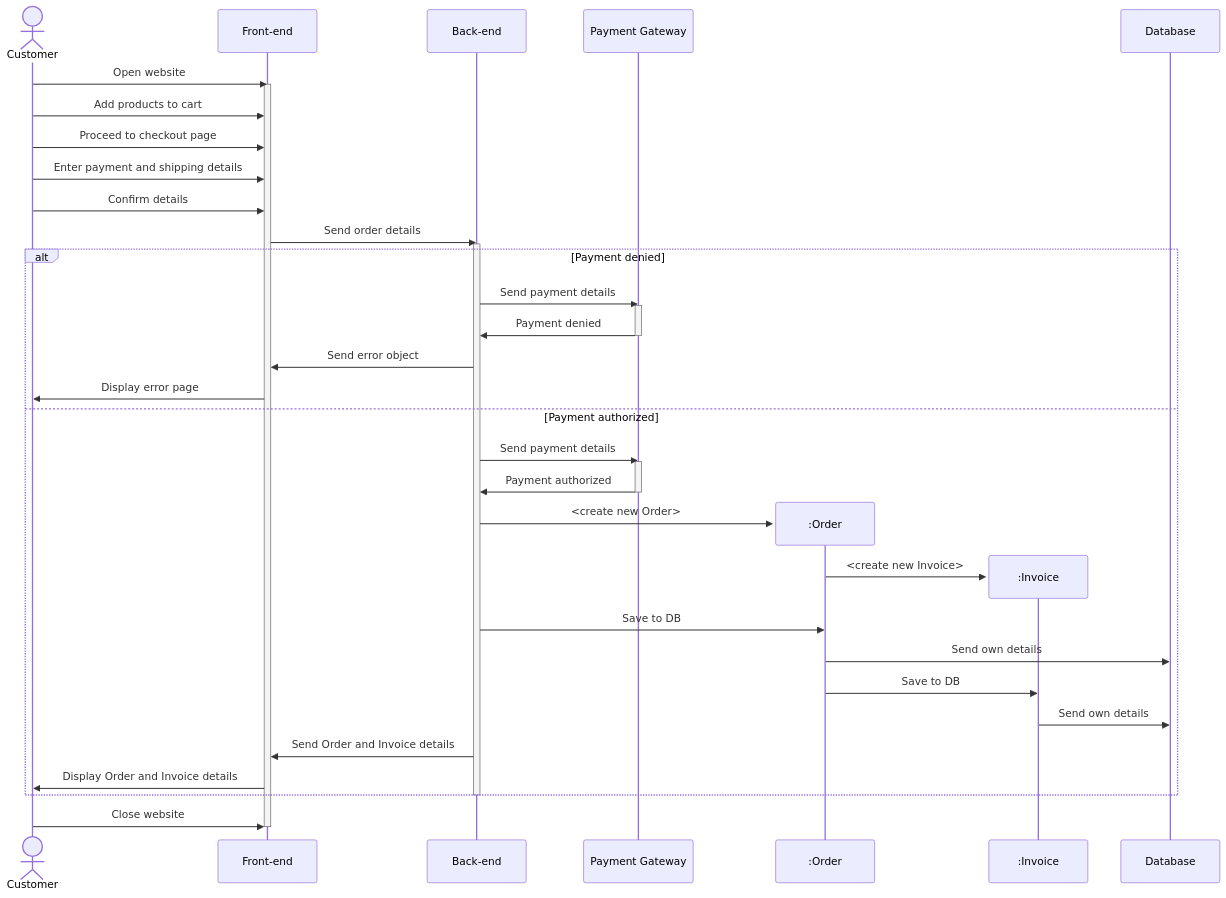
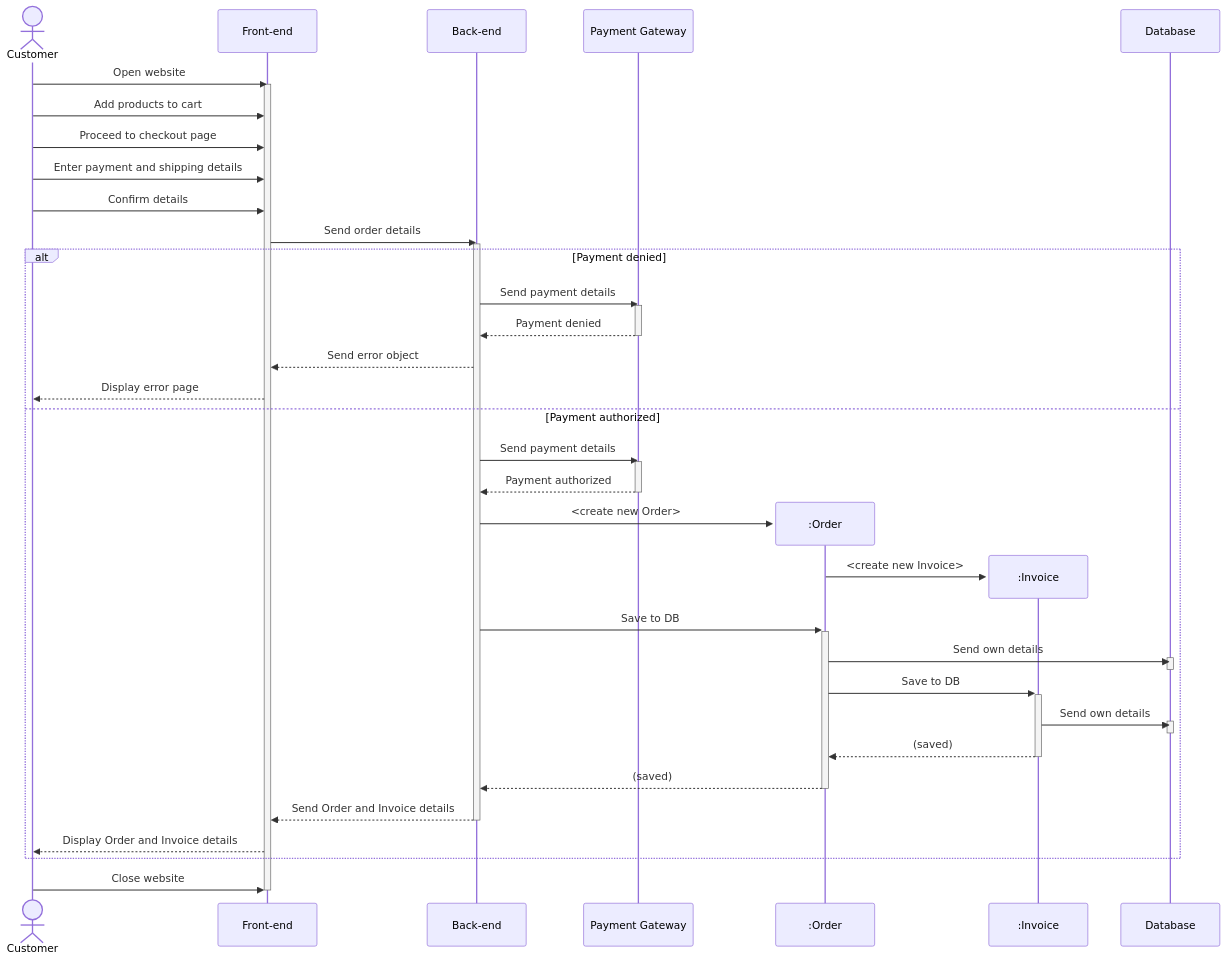
One commit to MCBUKimono/docs changed the diagram in sequence_6_purchasing items.mermaid. Above: the diagram before and after it, drawn with Mermaid. The commit also changed 5 other files, not shown here.

```diff
--- a/sequence_6_purchasing items.mermaid
+++ b/sequence_6_purchasing items.mermaid
@@ -1,46 +1,48 @@
 sequenceDiagram
     actor Customer
     participant FE as Front-end
     participant BE as Back-end
     participant PG as Payment Gateway
 
     Customer ->> FE: Open website
     activate FE
     Customer ->> FE: Add products to cart
     Customer ->> FE: Proceed to checkout page
     Customer ->> FE: Enter payment and shipping details
     Customer ->> FE: Confirm details
     FE ->> BE: Send order details
     activate BE
 
     alt Payment denied
         BE ->> PG: Send payment details
         activate PG
-        PG ->> BE: Payment denied
+        PG -->> BE: Payment denied
         deactivate PG
-        BE ->> FE: Send error object
-        FE ->> Customer: Display error page
+        BE -->> FE: Send error object
+        FE -->> Customer: Display error page
     else Payment authorized
         BE ->> PG: Send payment details
         activate PG
-        PG ->> BE: Payment authorized
+        PG -->> BE: Payment authorized
         deactivate PG
         create participant Order as :Order
         BE ->> Order: <create new Order>
         create participant Invoice as :Invoice
         Order ->> Invoice: <create new Invoice>
 
-        BE ->> Order: Save to DB
+        BE ->>+ Order: Save to DB
         Order ->> DB: Send own details
-        Order ->> Invoice: Save to DB
+        activate DB; deactivate DB
+        Order ->>+ Invoice: Save to DB
         Invoice ->> DB: Send own details
-        BE ->> FE: Send Order and Invoice details
-        FE ->> Customer: Display Order and Invoice details
+        activate DB; deactivate DB
+        Invoice -->>- Order: (saved)
+        Order -->>- BE: (saved)
+        BE -->>- FE: Send Order and Invoice details
+        FE -->> Customer: Display Order and Invoice details
     end
-
-    deactivate BE
 
     Customer ->> FE: Close website
     deactivate FE
 
     participant DB as Database
```
